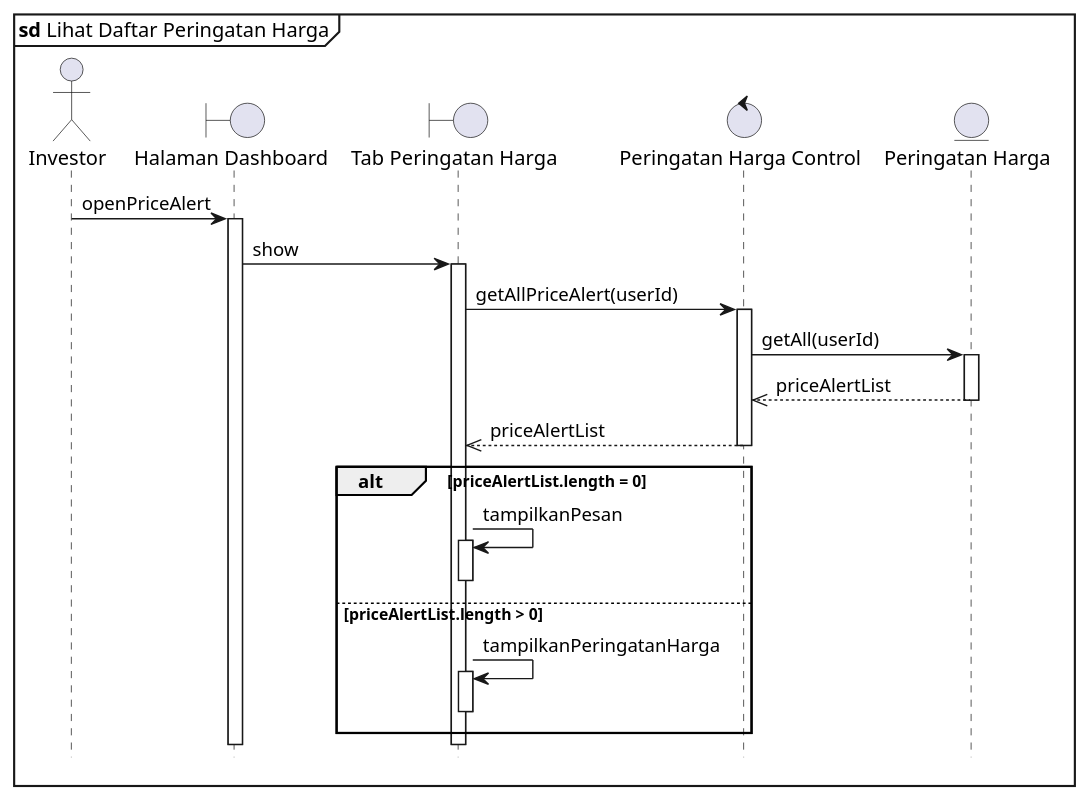
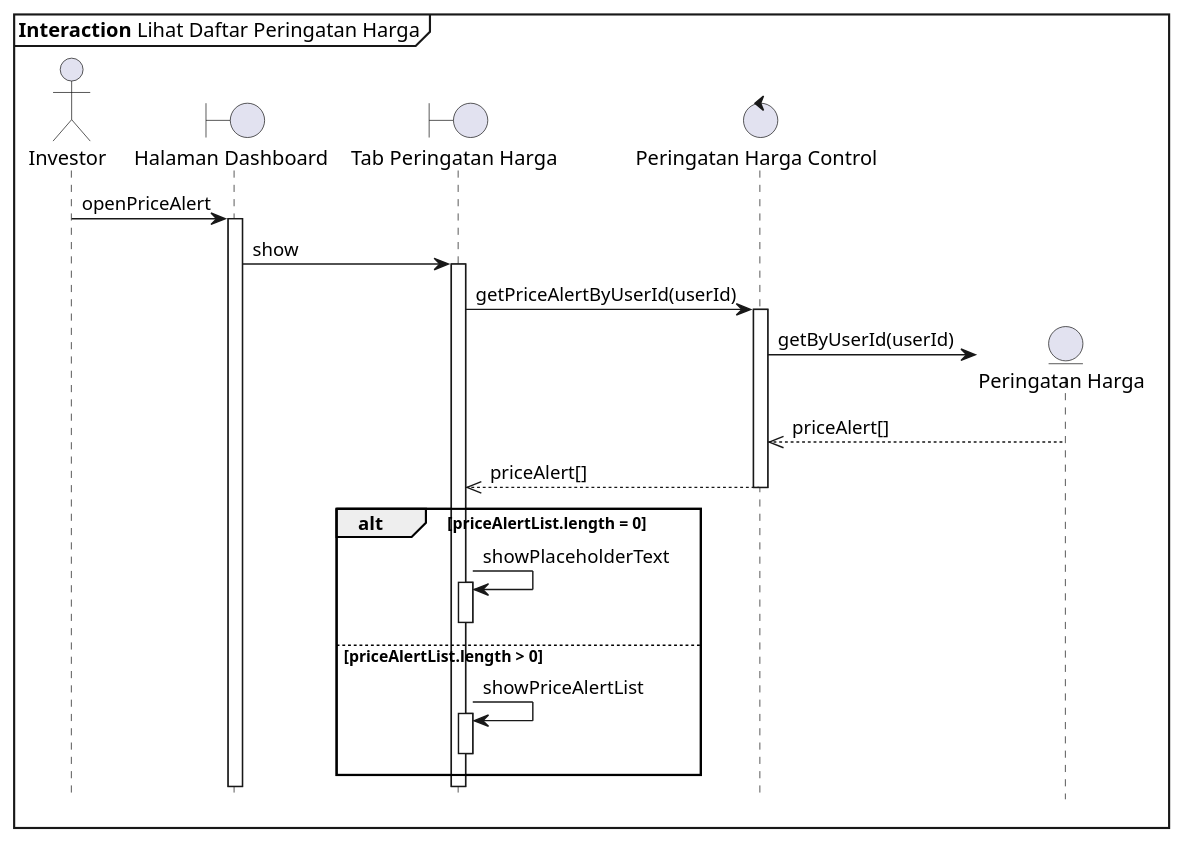
Before and after one commit to clarestarahma/manajemen-investasi: the diagram in sequence/lihat-daftar-peringatan-harga.puml, drawn with PlantUML. The commit also changed 19 other files, not shown here.

```diff
--- a/sequence/lihat-daftar-peringatan-harga.puml
+++ b/sequence/lihat-daftar-peringatan-harga.puml
@@ -1,29 +1,29 @@
 @startuml Sequence
 
 hide footbox
 autoactivate on
 
-mainframe **sd** Lihat Daftar Peringatan Harga
+mainframe **Interaction** Lihat Daftar Peringatan Harga
 
 actor Investor as I
 boundary "Halaman Dashboard" as HD
 boundary "Tab Peringatan Harga" as TPH
 control "Peringatan Harga Control" as PHC
 entity "Peringatan Harga" as PH
 
 I -> HD : openPriceAlert
 HD -> TPH : show
-TPH -> PHC : getAllPriceAlert(userId)
-PHC -> PH : getAll(userId)
-PH -->> PHC : priceAlertList
-PHC -->> TPH : priceAlertList
+TPH -> PHC : getPriceAlertByUserId(userId)
+PHC -> PH ** : getByUserId(userId)
+PH -->> PHC : priceAlert[]
+PHC -->> TPH : priceAlert[]
 
 alt priceAlertList.length = 0
-  TPH -> TPH : tampilkanPesan
+  TPH -> TPH : showPlaceholderText
   deactivate TPH
 else priceAlertList.length > 0
-  TPH -> TPH : tampilkanPeringatanHarga
+  TPH -> TPH : showPriceAlertList
   deactivate TPH
 end
 
 @enduml
```
